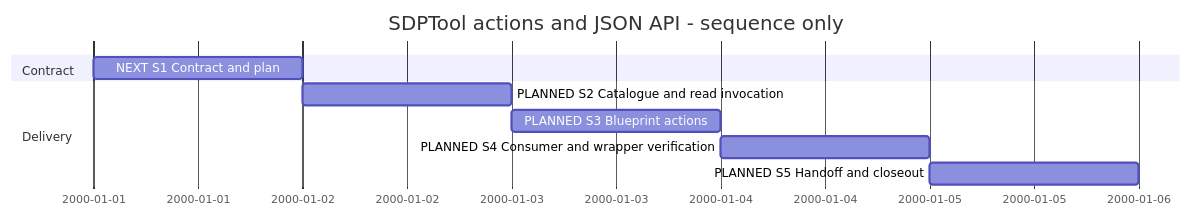
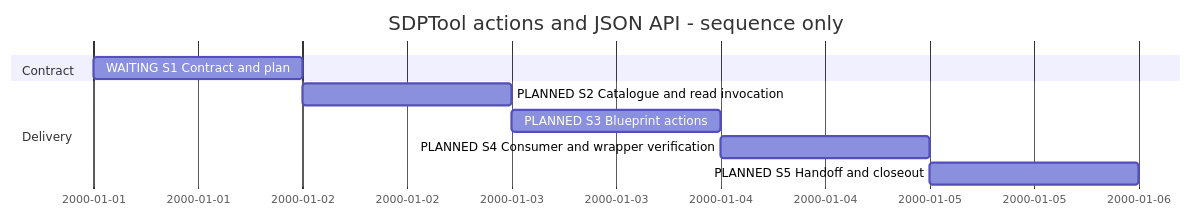
Before and after one commit to Hans-Einar/SDP: the diagram in SDP/Sessions/session-#0011--SDPTool_actions_and_JSON_API.md, drawn with Mermaid. The commit also changed other lines of this file and 7 other files, not shown here.

````diff
--- a/SDP/Sessions/session-#0011--SDPTool_actions_and_JSON_API.md
+++ b/SDP/Sessions/session-#0011--SDPTool_actions_and_JSON_API.md
@@ -8,12 +9,12 @@
 ```mermaid
 gantt
     title SDPTool actions and JSON API - sequence only
     dateFormat YYYY-MM-DD
     section Contract
-    NEXT S1 Contract and plan :a,2000-01-01,1d
+    WAITING S1 Contract and plan :a,2000-01-01,1d
     section Delivery
     PLANNED S2 Catalogue and read invocation :b,after a,1d
     PLANNED S3 Blueprint actions :c,after b,1d
     PLANNED S4 Consumer and wrapper verification :d,after c,1d
     PLANNED S5 Handoff and closeout :e,after d,1d
 ```
````
